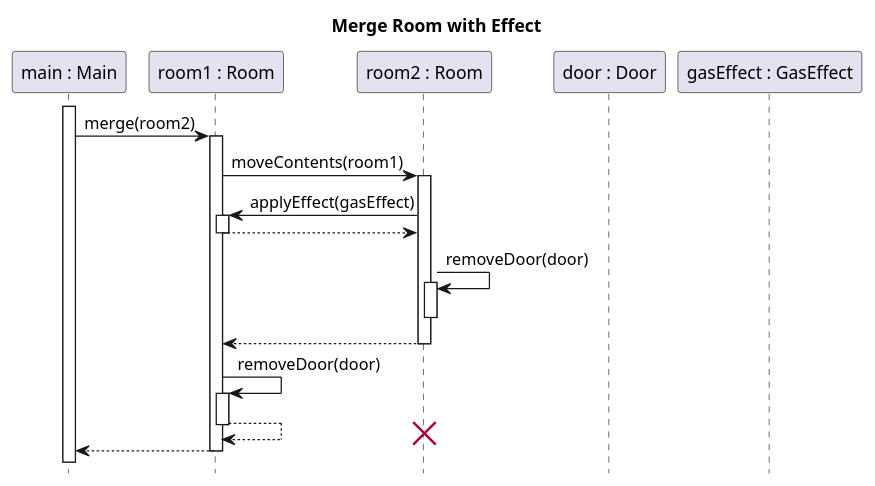
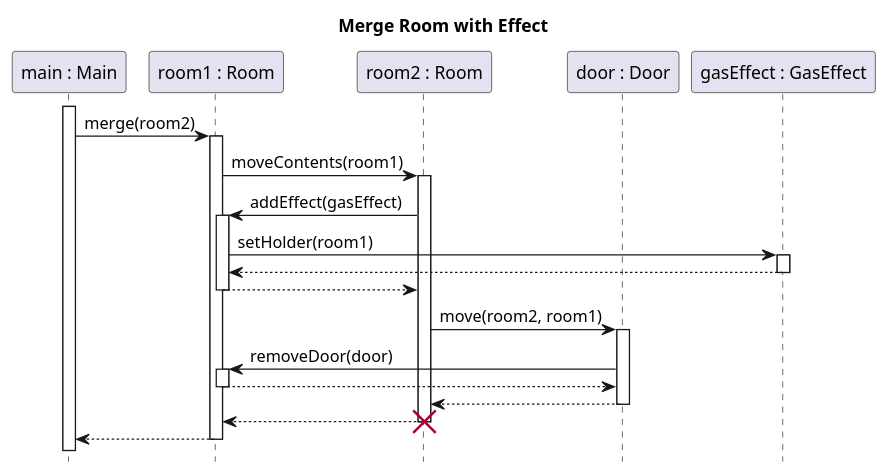
The diagram in docs/diagrams/test-sequence/room-merge-with-effect.puml (sn4k3ch4rm3r/logarlec), drawn with PlantUML before and after one commit. The commit also changed 11 other files, not shown here.

Commit message:
Fixed mistakes in test sequences

```diff
--- a/docs/diagrams/test-sequence/room-merge-with-effect.puml
+++ b/docs/diagrams/test-sequence/room-merge-with-effect.puml
@@ -1,25 +1,27 @@
 @startuml room-merge-with-effect
 title Merge Room with Effect
 hide footbox
 skinparam SequenceReferenceBackgroundColor white
 
 participant "main : Main" as main
 participant "room1 : Room" as r1
 participant "room2 : Room" as r2
 participant "door : Door" as door
 participant "gasEffect : GasEffect" as gasEffect
 
 main++
 main-> r1 ++: merge(room2)
     r1 -> r2 ++: moveContents(room1)
-        r2 -> r1 ++: applyEffect(gasEffect)
+        r2 -> r1 ++: addEffect(gasEffect)
+            r1 -> gasEffect ++: setHolder(room1)
+            return
         return
-        r2 -> r2 ++ : removeDoor(door)
-        deactivate 
+        r2 -> door ++: move(room2, room1)
+            door -> r1 ++: removeDoor(door)
+            return
+        return
     return
-    r1 -> r1 ++: removeDoor(door)
-    return
-destroy r2
+    destroy r2
 return
 
 @enduml
```
